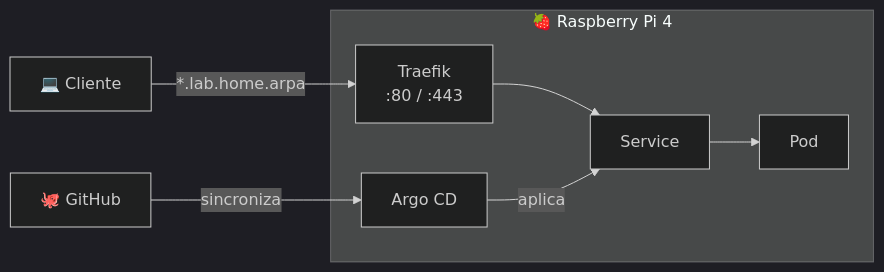
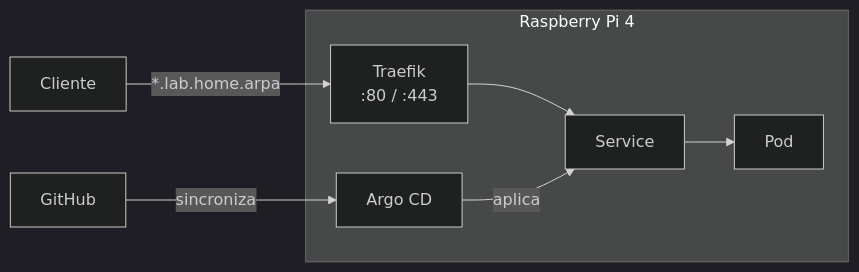
Before and after one commit to Alberto-AS1026/k3s-gitops-rpi: the diagram in README.md, drawn with Mermaid (dark theme). The commit also changed other lines of this file, not shown here.

````diff
--- a/README.md
+++ b/README.md
@@ -26,9 +26,9 @@
 ```mermaid
 flowchart LR
-    U["💻 Cliente"] -- "*.lab.home.arpa" --> T
-    subgraph P["🍓 Raspberry Pi 4"]
+    U["Cliente"] -- "*.lab.home.arpa" --> T
+    subgraph P["Raspberry Pi 4"]
         T["Traefik<br/>:80 / :443"] --> S["Service"] --> D["Pod"]
         A["Argo CD"] -- "aplica" --> S
     end
-    G["🐙 GitHub"] -- "sincroniza" --> A
+    G["GitHub"] -- "sincroniza" --> A
 ```
````
